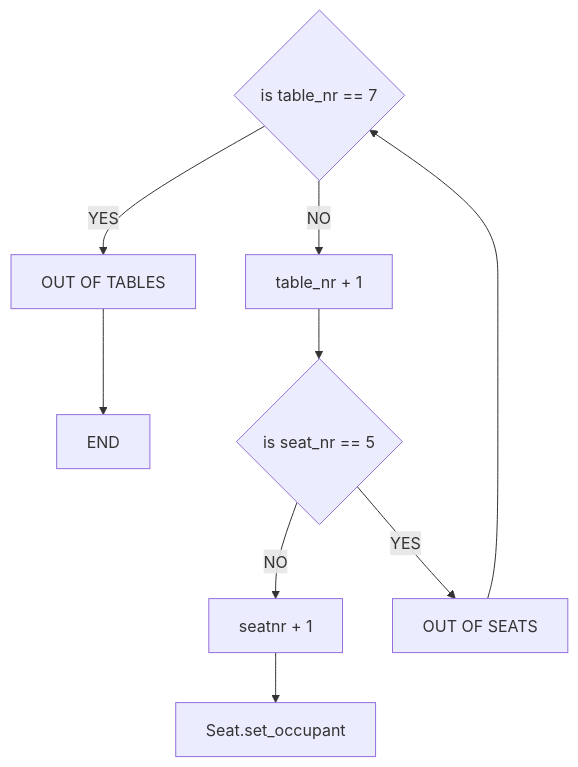
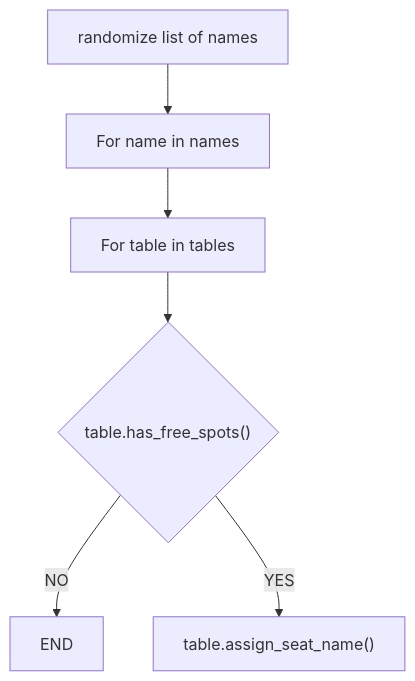
Before and after one commit to NathNacht/challenge-openspace-classifier: the second of 2 diagrams in README.md, drawn with Mermaid. The commit also changed other lines of this file and 1 other file, not shown here.

````diff
--- a/README.md
+++ b/README.md
@@ -26,11 +21,8 @@
 ```mermaid
 graph TD;
-    A{is table_nr == 7} -- YES --> B[OUT OF TABLES]
-    B --> X[END]
-    A -- NO --> C[table_nr + 1]
-    C --> D{is seat_nr == 5}
-    D -- NO --> E[seatnr + 1]
-    D -- YES --> F[OUT OF SEATS]
-    F --> A
-    E --> G[Seat.set_occupant]
+    A[randomize list of names] --> B[For name in names]
+    B --> C[For table in tables]
+    C --> D{"table.has_free_spots()"}
+    D -- NO --> E[END]
+    D -- YES --> F["table.assign_seat_name()"]
 ```
````
